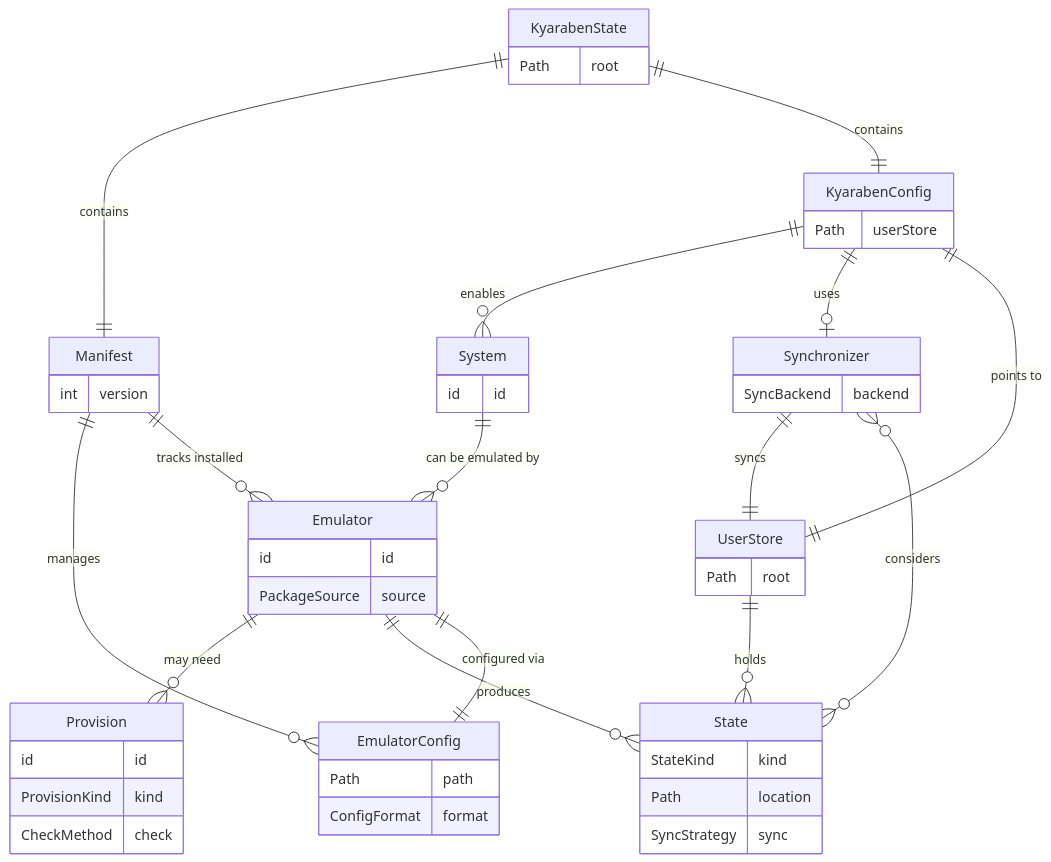
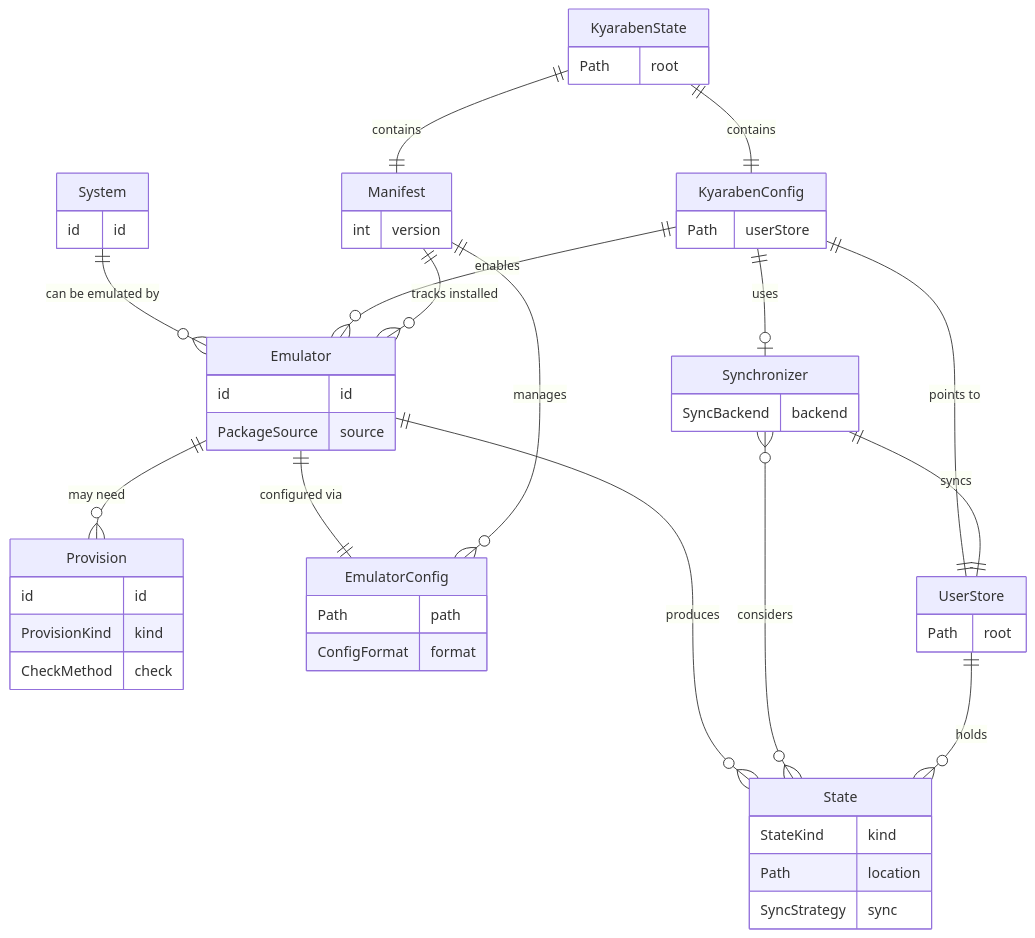
The diagram in MODEL.md (fnune/kyaraben), drawn with Mermaid before and after one commit. The commit also changed other lines of this file and 4 other files, not shown here.

````diff
--- a/MODEL.md
+++ b/MODEL.md
@@ -7,63 +7,63 @@
 ```mermaid
 erDiagram
     System ||--o{ Emulator : "can be emulated by"
     Emulator ||--o{ Provision : "may need"
     Emulator ||--o{ State : "produces"
     Emulator ||--|| EmulatorConfig : "configured via"
-    KyarabenConfig ||--o{ System : "enables"
+    KyarabenConfig ||--o{ Emulator : "enables"
     KyarabenConfig ||--o| Synchronizer : "uses"
     KyarabenConfig ||--|| UserStore : "points to"
     Synchronizer ||--|| UserStore : "syncs"
     Synchronizer }o--o{ State : "considers"
     Manifest ||--o{ EmulatorConfig : "manages"
     Manifest ||--o{ Emulator : "tracks installed"
     KyarabenState ||--|| Manifest : "contains"
     KyarabenState ||--|| KyarabenConfig : "contains"
     UserStore ||--o{ State : "holds"
 
     System {
         id id
     }
 
     Emulator {
         id id
         PackageSource source
     }
 
     Provision {
         id id
         ProvisionKind kind
         CheckMethod check
     }
 
     State {
         StateKind kind
         Path location
         SyncStrategy sync
     }
 
     EmulatorConfig {
         Path path
         ConfigFormat format
     }
 
     KyarabenConfig {
         Path userStore
     }
 
     Synchronizer {
         SyncBackend backend
     }
 
     KyarabenState {
         Path root
     }
 
     UserStore {
         Path root
     }
 
     Manifest {
         int version
     }
 ```
````
